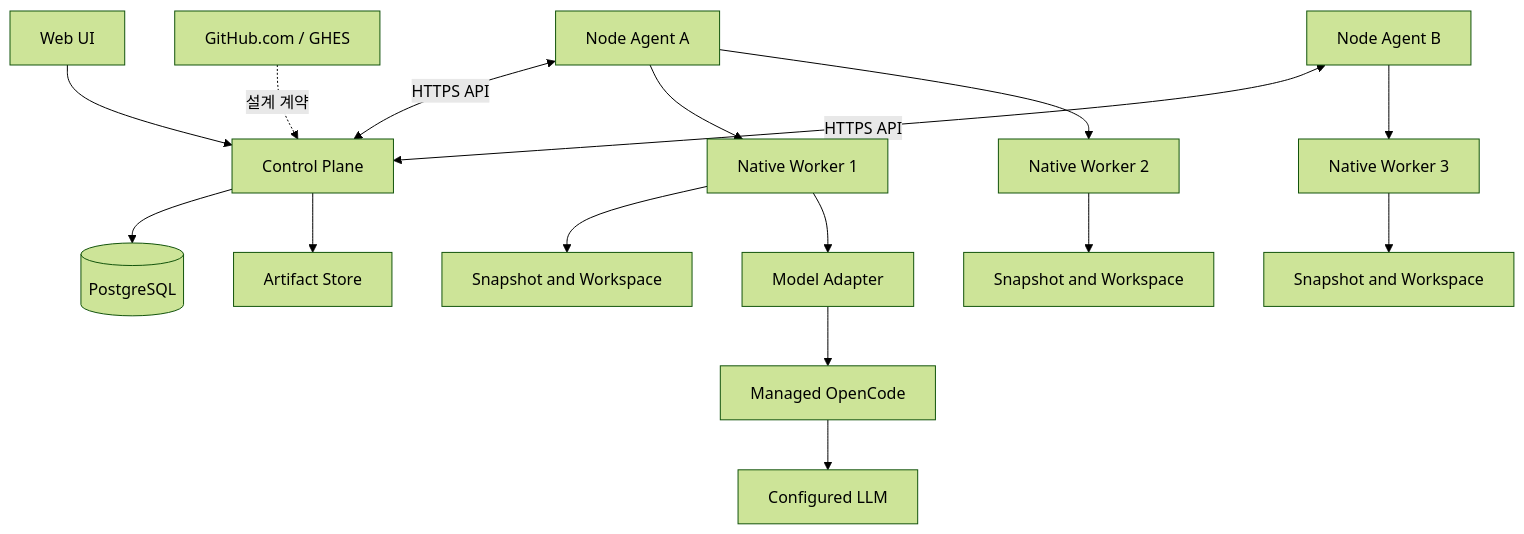
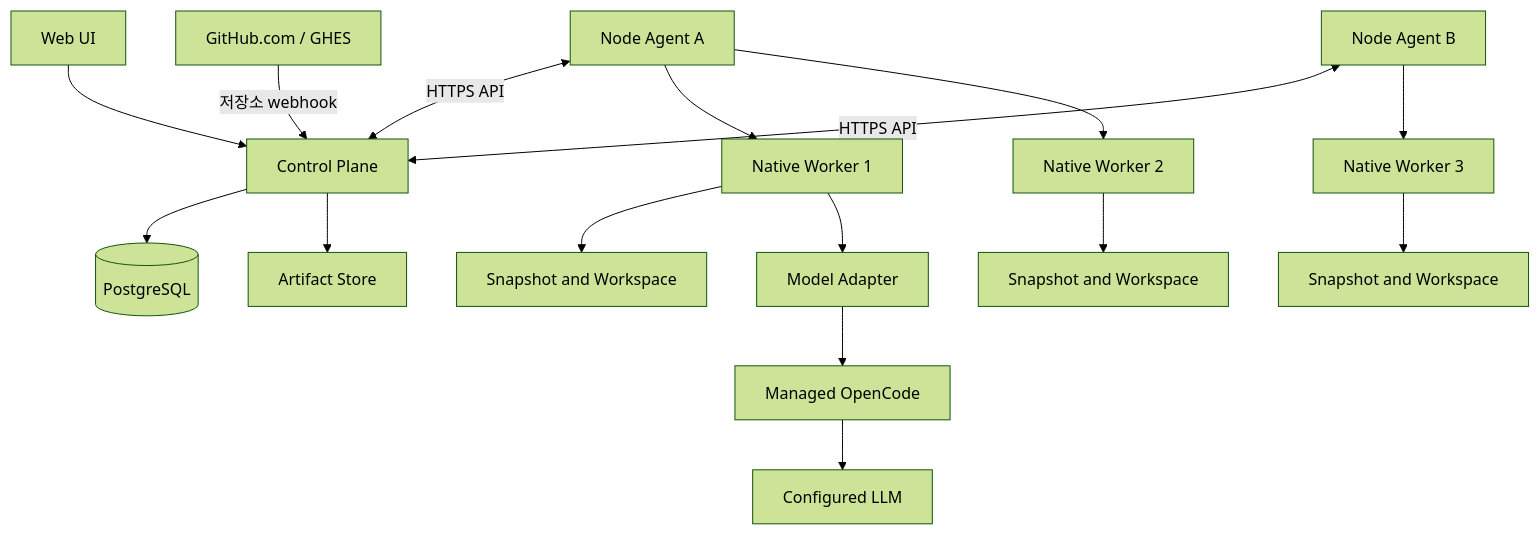
One commit to jihoon22-lee/CODEYE changed the diagram in docs/ARCHITECTURE.md. Above: the diagram before and after it, drawn with Mermaid (forest theme). The commit also changed other lines of this file and 7 other files, not shown here.

````diff
--- a/docs/ARCHITECTURE.md
+++ b/docs/ARCHITECTURE.md
@@ -9,18 +7,18 @@
 ```mermaid
 flowchart TD
   UI[Web UI] --> CP[Control Plane]
-  GH[GitHub.com / GHES] -.->|설계 계약| CP
+  GH[GitHub.com / GHES] -->|저장소 webhook| CP
   CP --> DB[(PostgreSQL)]
   CP --> AS[Artifact Store]
   N1[Node Agent A] <-->|HTTPS API| CP
   N2[Node Agent B] <-->|HTTPS API| CP
   N1 --> W1[Native Worker 1]
   N1 --> W2[Native Worker 2]
   N2 --> W3[Native Worker 3]
   W1 --> X1[Snapshot and Workspace]
   W2 --> X2[Snapshot and Workspace]
   W3 --> X3[Snapshot and Workspace]
   W1 --> MA[Model Adapter]
   MA --> OC[Managed OpenCode]
   OC --> LM[Configured LLM]
 ```
````
